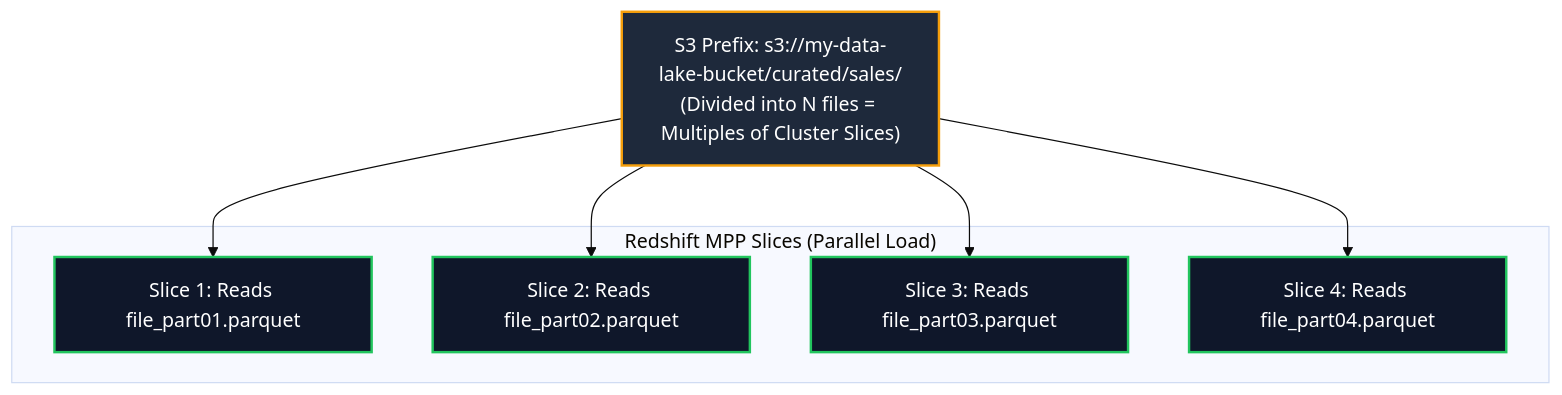
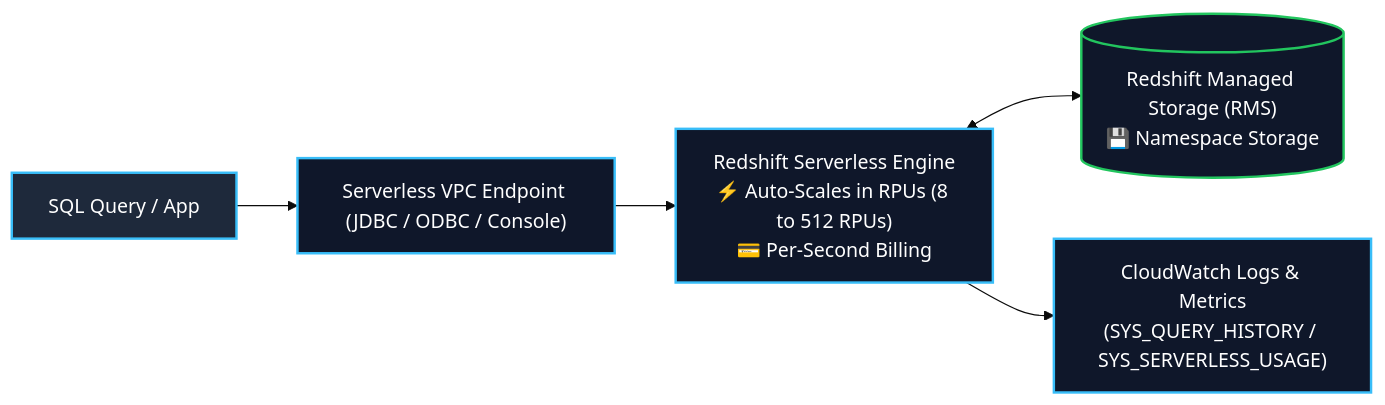
One commit to Wathon/aws-dea-c01-note changed the seventh of 8 diagrams in content/mm/02-services/database/redshift.md. Above: the diagram before and after it, drawn with Mermaid (base theme). The commit also changed other lines of this file and 41 other files, not shown here.

````diff
--- a/content/mm/02-services/database/redshift.md
+++ b/content/mm/02-services/database/redshift.md
@@ -152,22 +390,15 @@
 ```mermaid
-graph TD
-    S3Folder["S3 Prefix: s3://my-data-lake-bucket/curated/sales/<br/>(Divided into N files = Multiples of Cluster Slices)"]
-    
-    subgraph RedshiftSlices["Redshift MPP Slices (Parallel Load)"]
-        S1["Slice 1: Reads file_part01.parquet"]
-        S2["Slice 2: Reads file_part02.parquet"]
-        S3["Slice 3: Reads file_part03.parquet"]
-        S4["Slice 4: Reads file_part04.parquet"]
-    end
+graph LR
+    User["SQL Query / App"] --> Endpoint["Serverless VPC Endpoint (JDBC / ODBC / Console)"]
+    Endpoint --> ScalingEngine["Redshift Serverless Engine<br/>⚡ Auto-Scales in RPUs (8 to 512 RPUs)<br/>💳 Per-Second Billing"]
+    ScalingEngine <--> RMS[("Redshift Managed Storage (RMS)<br/>💾 Namespace Storage")]
+    ScalingEngine --> Monitoring["CloudWatch Logs & Metrics<br/>(SYS_QUERY_HISTORY / SYS_SERVERLESS_USAGE)"]
 
-    S3Folder --> S1
-    S3Folder --> S2
-    S3Folder --> S3
-    S3Folder --> S4
+    classDef user fill:#1e293b,stroke:#38bdf8,stroke-width:2px,color:#fff;
+    classDef serv fill:#0f172a,stroke:#38bdf8,stroke-width:2px,color:#fff;
+    classDef store fill:#0f172a,stroke:#22c55e,stroke-width:2px,color:#fff;
 
-    classDef s3 fill:#1e293b,stroke:#f59e0b,stroke-width:2px,color:#fff;
-    classDef slice fill:#0f172a,stroke:#22c55e,stroke-width:2px,color:#fff;
-
-    class S3Folder s3;
-    class S1,S2,S3,S4 slice;
+    class User user;
+    class Endpoint,ScalingEngine,Monitoring serv;
+    class RMS store;
 ```
````
